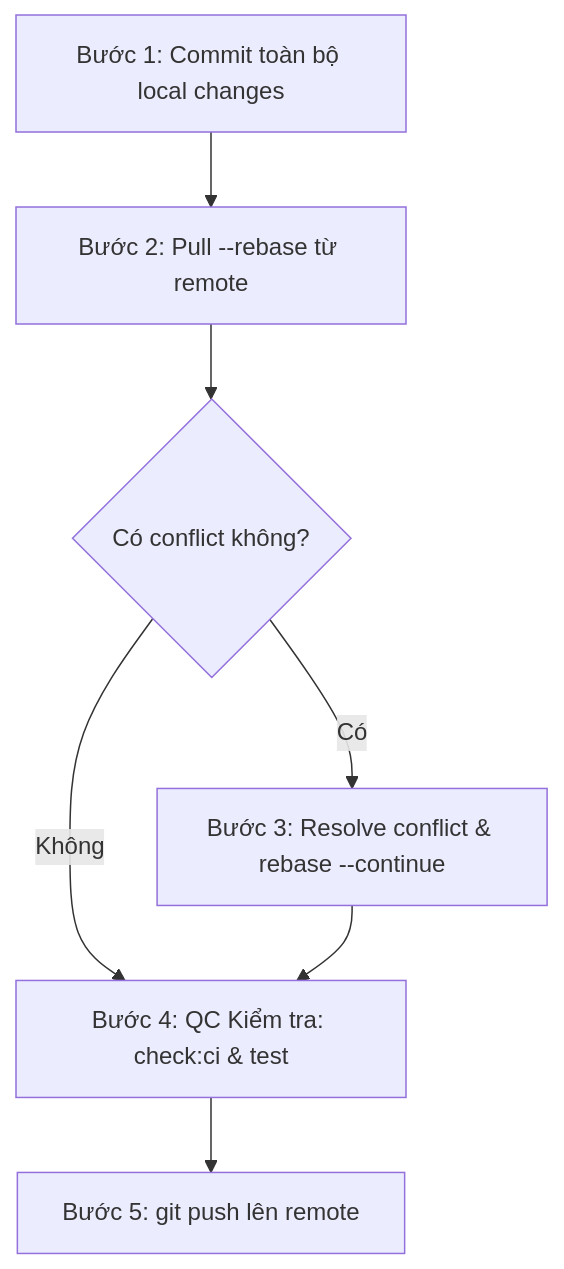
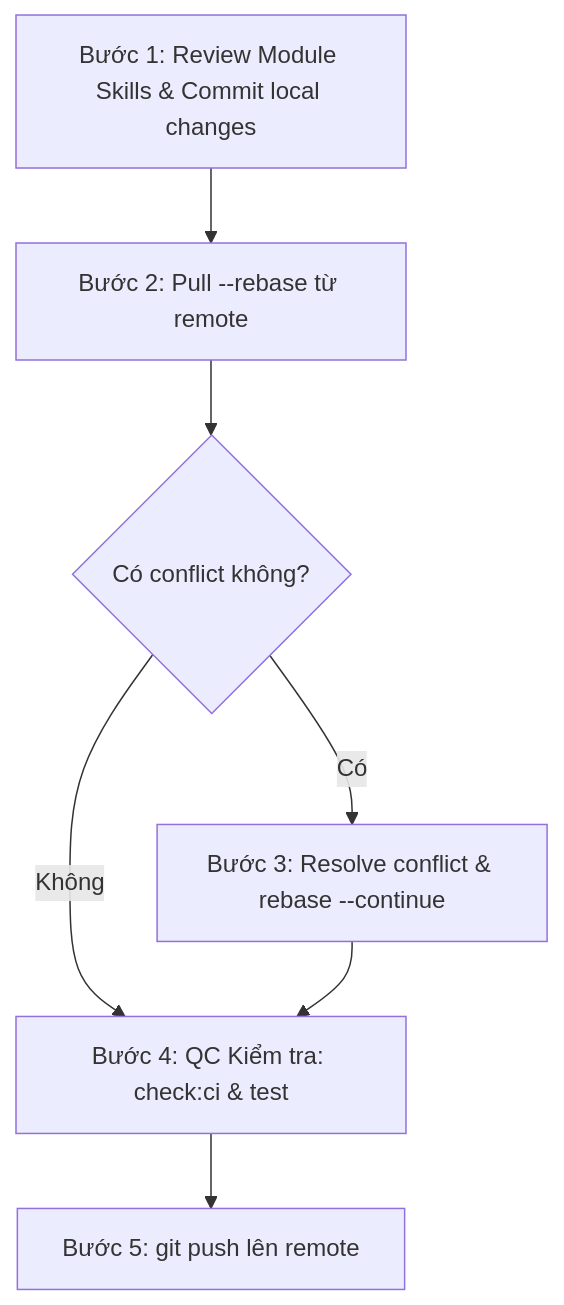
The third of 3 diagrams in .agents/skills/erp-git-workflow/SKILL.md (kindustries-erp/erp-api), drawn with Mermaid before and after one commit. The commit also changed other lines of this file, not shown here.

Commit message:
feat(workflow): enhance erp-git-workflow voi Module Knowledge Sync Guard truoc khi commit

````diff
--- a/.agents/skills/erp-git-workflow/SKILL.md
+++ b/.agents/skills/erp-git-workflow/SKILL.md
@@ -122,9 +148,9 @@
 ```mermaid
 graph TD
-    S1["Bước 1: Commit toàn bộ local changes"] --> S2["Bước 2: Pull --rebase từ remote"]
+    S1["Bước 1: Review Module Skills & Commit local changes"] --> S2["Bước 2: Pull --rebase từ remote"]
     S2 --> S3{"Có conflict không?"}
     S3 -- Có --> S4["Bước 3: Resolve conflict & rebase --continue"]
     S3 -- Không --> S5["Bước 4: QC Kiểm tra: check:ci & test"]
     S4 --> S5
     S5 --> S6["Bước 5: git push lên remote"]
 ```
````
